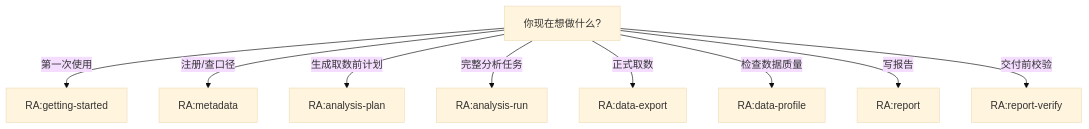
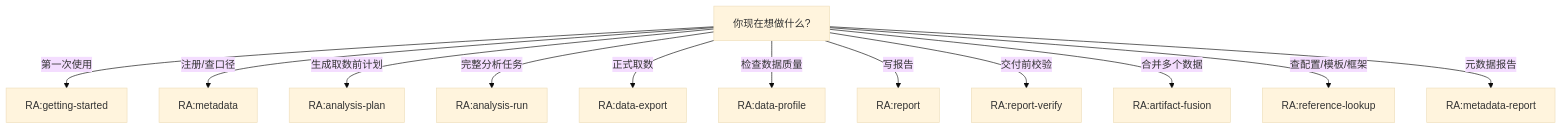
One commit to dabaige53/RealAnalyst changed the second of 4 diagrams in skills/README.md. Above: the diagram before and after it, drawn with Mermaid (base theme). The commit also changed other lines of this file and 62 other files, not shown here.

````diff
--- a/skills/README.md
+++ b/skills/README.md
@@ -43,12 +123,15 @@
 ```mermaid
 flowchart TD
     Q[你现在想做什么?]
-    Q -->|第一次使用| GS[RA:getting-started]
-    Q -->|注册/查口径| M[RA:metadata]
-    Q -->|生成取数前计划| AP[RA:analysis-plan]
-    Q -->|完整分析任务| AR[RA:analysis-run]
-    Q -->|正式取数| EX[RA:data-export]
-    Q -->|检查数据质量| DP[RA:data-profile]
-    Q -->|写报告| R[RA:report]
-    Q -->|交付前校验| RV[RA:report-verify]
+    Q -->|第一次使用| GS["RA:getting-started"]
+    Q -->|注册/查口径| M["RA:metadata"]
+    Q -->|生成取数前计划| AP["RA:analysis-plan"]
+    Q -->|完整分析任务| AR["RA:analysis-run"]
+    Q -->|正式取数| EX["RA:data-export"]
+    Q -->|检查数据质量| DP["RA:data-profile"]
+    Q -->|写报告| R["RA:report"]
+    Q -->|交付前校验| RV["RA:report-verify"]
+    Q -->|合并多个数据| AF["RA:artifact-fusion"]
+    Q -->|查配置/模板/框架| RL["RA:reference-lookup"]
+    Q -->|元数据报告| MR["RA:metadata-report"]
 ```
````
